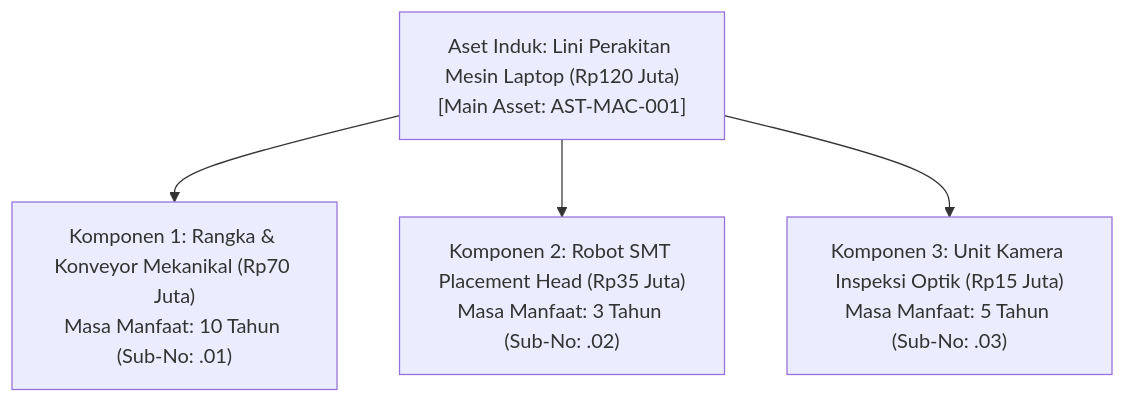
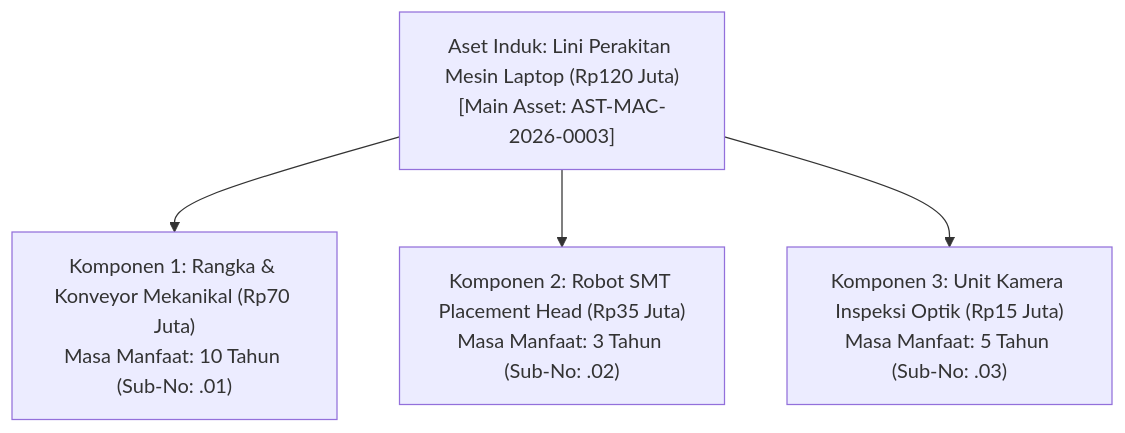
The first of 2 diagrams in content/08-assets/asset-componentization.md (alimurrofid/erp-notes), drawn with Mermaid before and after one commit. The commit also changed other lines of this file, not shown here.

Commit message:
fix(assets): move componentization to separate asset id

````diff
--- a/content/08-assets/asset-componentization.md
+++ b/content/08-assets/asset-componentization.md
@@ -15,10 +15,10 @@
 ```mermaid
 graph TD
-    Parent["Aset Induk: Lini Perakitan Mesin Laptop (Rp120 Juta)<br/>[Main Asset: AST-MAC-001]"]
+    Parent["Aset Induk: Lini Perakitan Mesin Laptop (Rp120 Juta)<br/>[Main Asset: AST-MAC-2026-0003]"]
     C1["Komponen 1: Rangka & Konveyor Mekanikal (Rp70 Juta)<br/>Masa Manfaat: 10 Tahun (Sub-No: .01)"]
     C2["Komponen 2: Robot SMT Placement Head (Rp35 Juta)<br/>Masa Manfaat: 3 Tahun (Sub-No: .02)"]
     C3["Komponen 3: Unit Kamera Inspeksi Optik (Rp15 Juta)<br/>Masa Manfaat: 5 Tahun (Sub-No: .03)"]
     Parent --> C1
     Parent --> C2
     Parent --> C3
 ```
````
